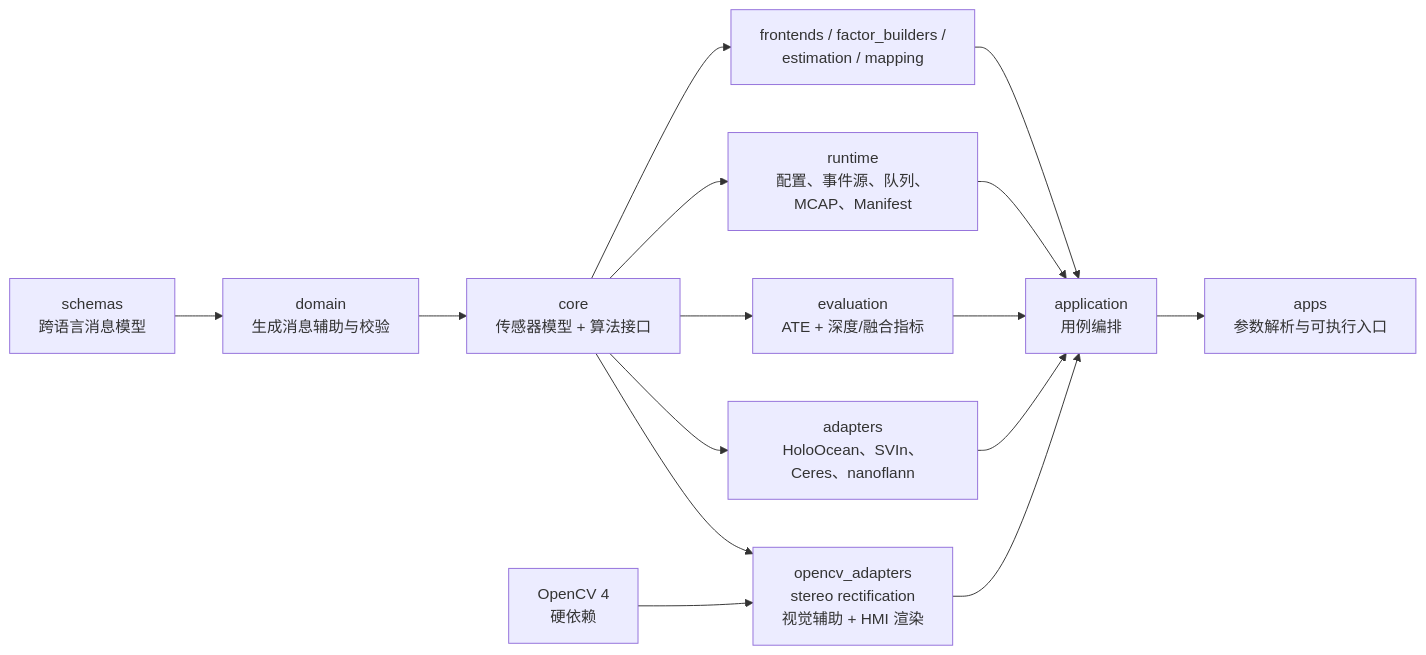
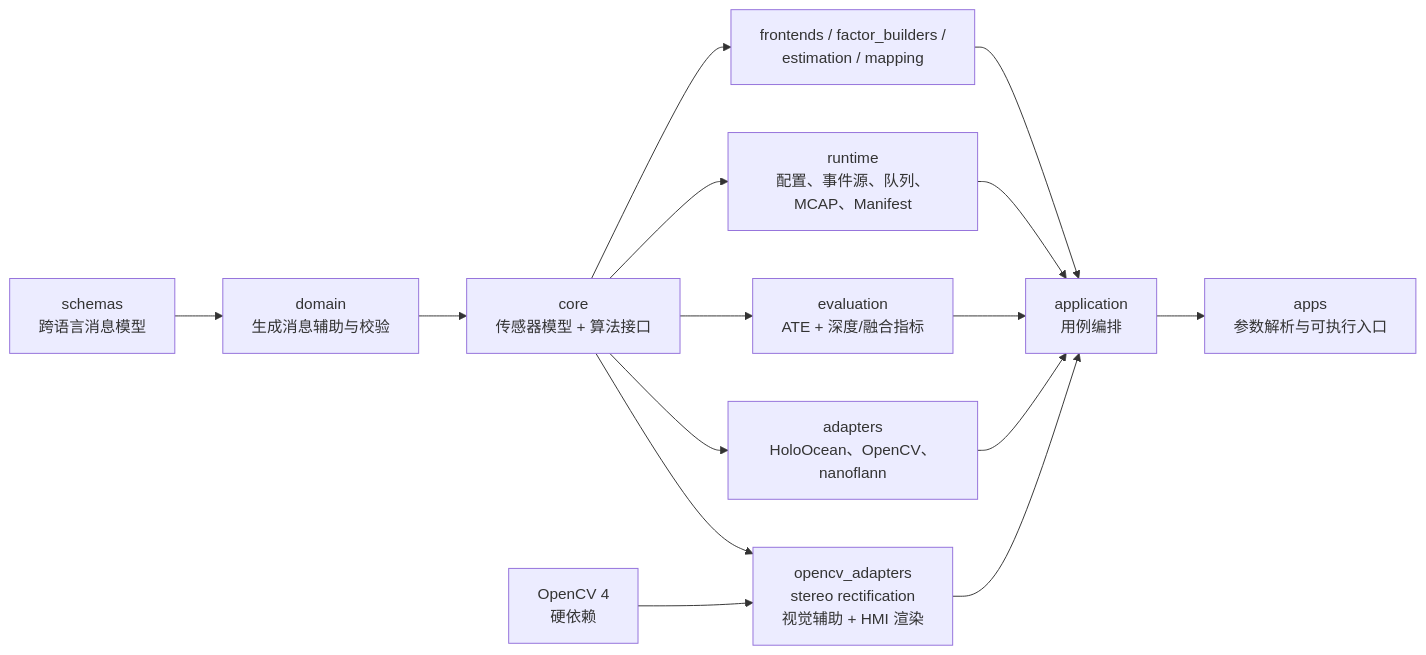
The second of 3 diagrams in README.md (PengBY91/uw_slam_simplify), drawn with Mermaid before and after one commit. The commit also changed other lines of this file and 52 other files, not shown here.

````diff
--- a/README.md
+++ b/README.md
@@ -314,17 +229,17 @@
 ```mermaid
 flowchart LR
     SCHEMAS[schemas<br/>跨语言消息模型] --> DOMAIN[domain<br/>生成消息辅助与校验]
     DOMAIN --> CORE[core<br/>传感器模型 + 算法接口]
     CORE --> ALGO["frontends / factor_builders /<br/>estimation / mapping"]
     CORE --> RUNTIME[runtime<br/>配置、事件源、队列、MCAP、Manifest]
     CORE --> EVAL[evaluation<br/>ATE + 深度/融合指标]
-    CORE --> ADAPTERS[adapters<br/>HoloOcean、SVIn、Ceres、nanoflann]
+    CORE --> ADAPTERS[adapters<br/>HoloOcean、OpenCV、nanoflann]
     CORE --> OPENCV_ADAPTERS[opencv_adapters<br/>stereo rectification<br/>视觉辅助 + HMI 渲染]
     OPENCV[OpenCV 4<br/>硬依赖] --> OPENCV_ADAPTERS
     ALGO --> APPLICATION[application<br/>用例编排]
     RUNTIME --> APPLICATION
     EVAL --> APPLICATION
     ADAPTERS --> APPLICATION
     OPENCV_ADAPTERS --> APPLICATION
     APPLICATION --> APPS[apps<br/>参数解析与可执行入口]
 ```
````
